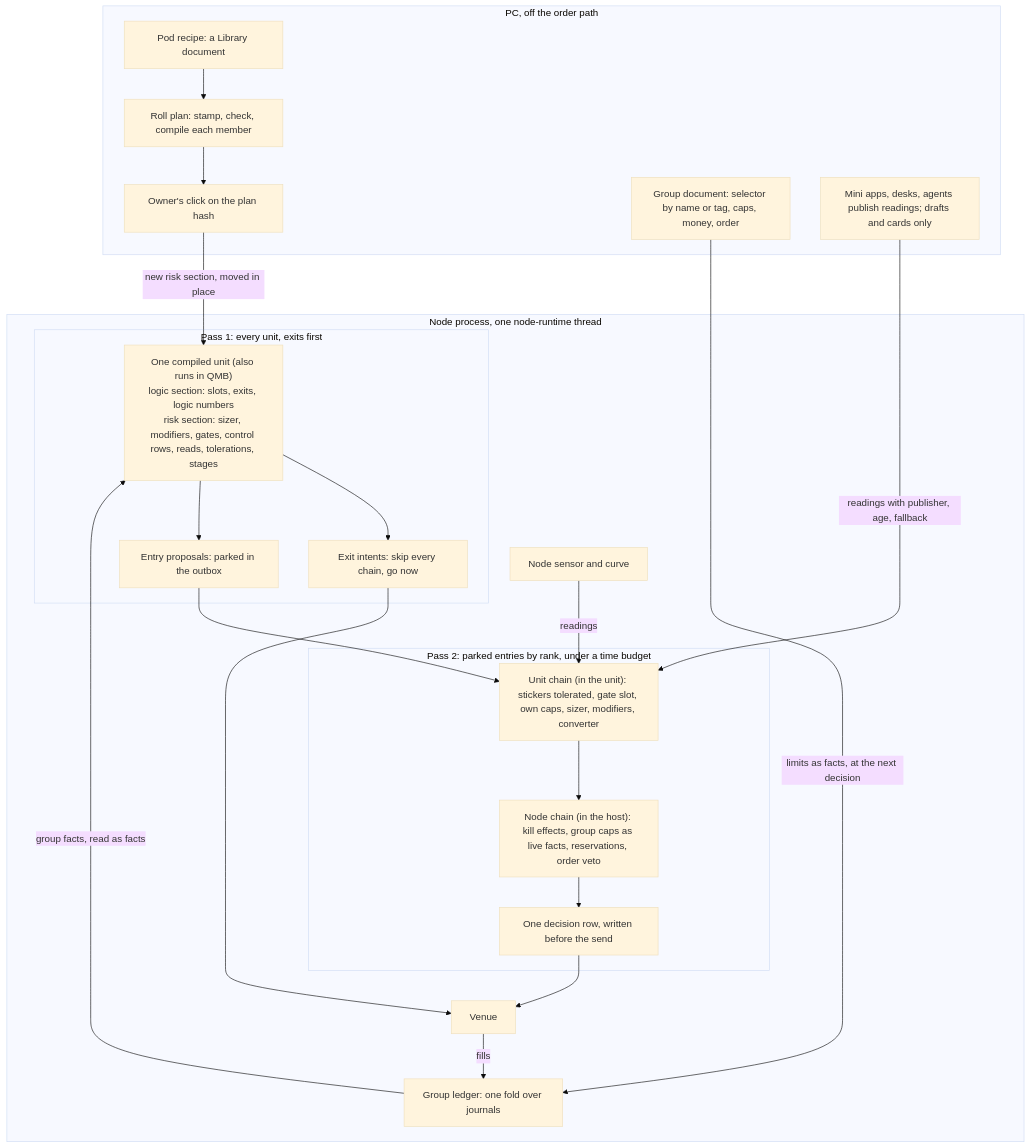
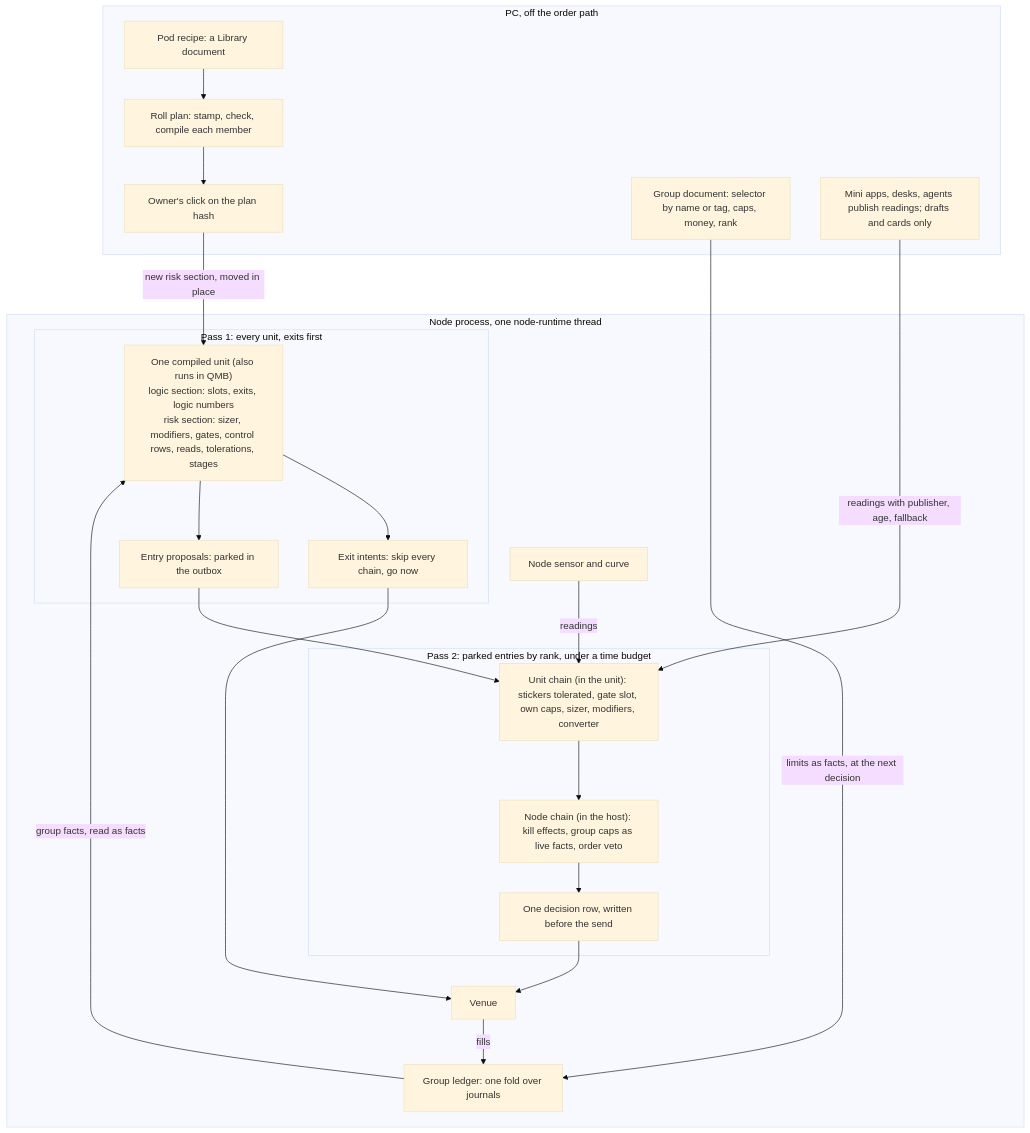
The first of 2 diagrams in tracker/risk-core/round-2/arch/final/SPINE.md (mubarakhimself-byte/QMX), drawn with Mermaid (base theme) before and after one commit. The commit also changed other lines of this file and 15 other files, not shown here.

````diff
--- a/tracker/risk-core/round-2/arch/final/SPINE.md
+++ b/tracker/risk-core/round-2/arch/final/SPINE.md
@@ -30,37 +30,37 @@
 ```mermaid
 flowchart TB
   subgraph PC["PC, off the order path"]
     POD["Pod recipe: a Library document"]
     ROLL["Roll plan: stamp, check, compile each member"]
     CLICK["Owner's click on the plan hash"]
-    GROUPDOC["Group document: selector by name or tag, caps, money, order"]
+    GROUPDOC["Group document: selector by name or tag, caps, money, rank"]
     APPS["Mini apps, desks, agents publish readings; drafts and cards only"]
     POD --> ROLL --> CLICK
   end
   subgraph NODE["Node process, one node-runtime thread"]
     subgraph PASS1["Pass 1: every unit, exits first"]
       UNIT["One compiled unit (also runs in QMB)<br/>logic section: slots, exits, logic numbers<br/>risk section: sizer, modifiers, gates, control rows, reads, tolerations, stages"]
       XO["Exit intents: skip every chain, go now"]
       PROP["Entry proposals: parked in the outbox"]
       UNIT --> XO
       UNIT --> PROP
     end
     subgraph PASS2["Pass 2: parked entries by rank, under a time budget"]
       UC["Unit chain (in the unit): stickers tolerated, gate slot, own caps, sizer, modifiers, converter"]
-      NC["Node chain (in the host): kill effects, group caps as live facts, reservations, order veto"]
+      NC["Node chain (in the host): kill effects, group caps as live facts, order veto"]
       ROW["One decision row, written before the send"]
       UC --> NC --> ROW
     end
     PROP --> UC
     LED["Group ledger: one fold over journals"]
     SENS["Node sensor and curve"]
     XO --> V["Venue"]
     ROW --> V
     V -->|"fills"| LED
     LED -->|"group facts, read as facts"| UNIT
     SENS -->|"readings"| UC
   end
   CLICK -->|"new risk section, moved in place"| UNIT
   GROUPDOC -->|"limits as facts, at the next decision"| LED
   APPS -->|"readings with publisher, age, fallback"| UC
 ```
````
